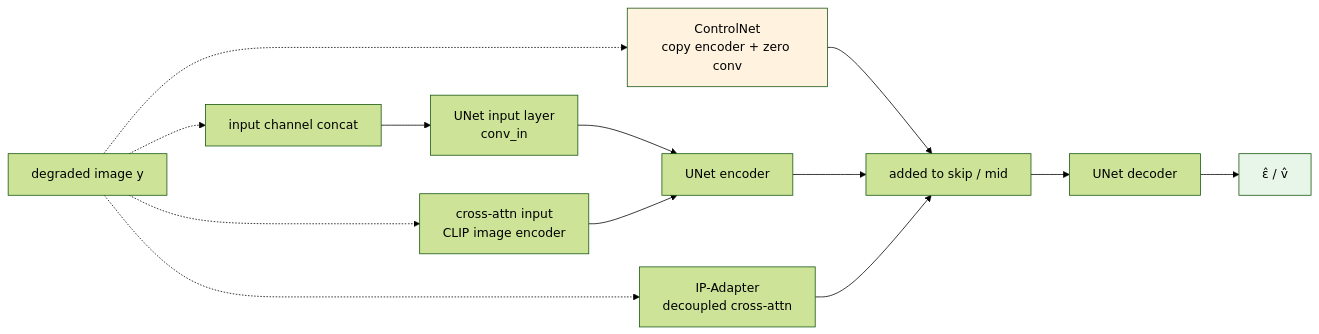
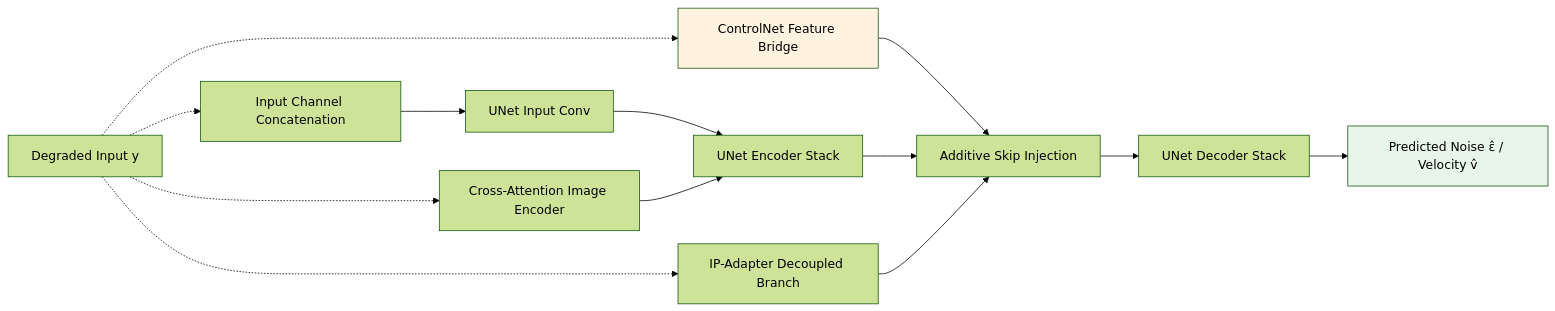
The first of 3 diagrams in en/chapters/09-control.md (yingwang/image-enhancement-guide), drawn with Mermaid (forest theme) before and after one commit. The commit also changed other lines of this file and 18 other files, not shown here.

````diff
--- a/en/chapters/09-control.md
+++ b/en/chapters/09-control.md
@@ -96,18 +30,18 @@
 ```mermaid
 graph LR
-    LR[degraded image y] -.-> Concat[input channel concat]
-    LR -.-> CrossAttn[cross-attn input<br/>CLIP image encoder]
-    LR -.-> ControlNet[ControlNet<br/>copy encoder + zero conv]
-    LR -.-> IPAdapter[IP-Adapter<br/>decoupled cross-attn]
-    Concat --> UNetIn[UNet input layer<br/>conv_in]
-    UNetIn --> UNetEnc[UNet encoder]
+    LR[Degraded Input y] -.-> Concat[Input Channel Concatenation]
+    LR -.-> CrossAttn[Cross-Attention Image Encoder]
+    LR -.-> ControlNet[ControlNet Feature Bridge]
+    LR -.-> IPAdapter[IP-Adapter Decoupled Branch]
+    Concat --> UNetIn[UNet Input Conv]
+    UNetIn --> UNetEnc[UNet Encoder Stack]
     CrossAttn --> UNetEnc
-    ControlNet --> UNetMid[added to skip / mid]
+    ControlNet --> UNetMid[Additive Skip Injection]
     UNetEnc --> UNetMid
     IPAdapter --> UNetMid
-    UNetMid --> UNetDec[UNet decoder]
-    UNetDec --> Out[ε̂ / v̂]
+    UNetMid --> UNetDec[UNet Decoder Stack]
+    UNetDec --> Out[Predicted Noise ε̂ / Velocity v̂]
 
     style ControlNet fill:#fff3e0
     style Out fill:#e8f5e9
 ```
````
